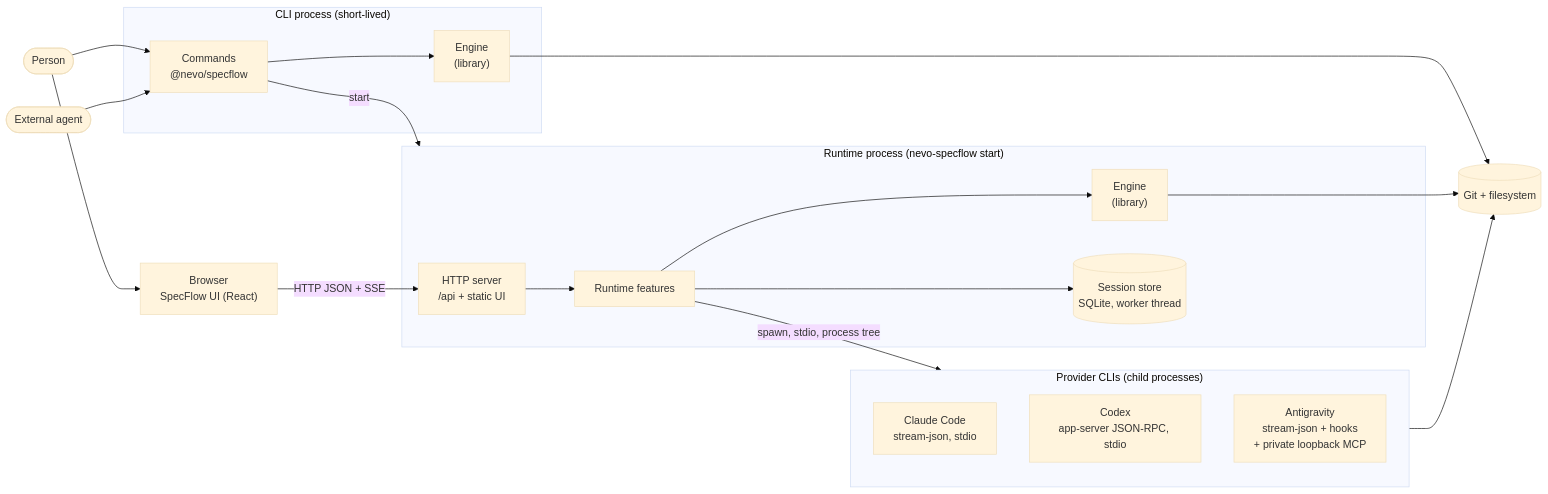
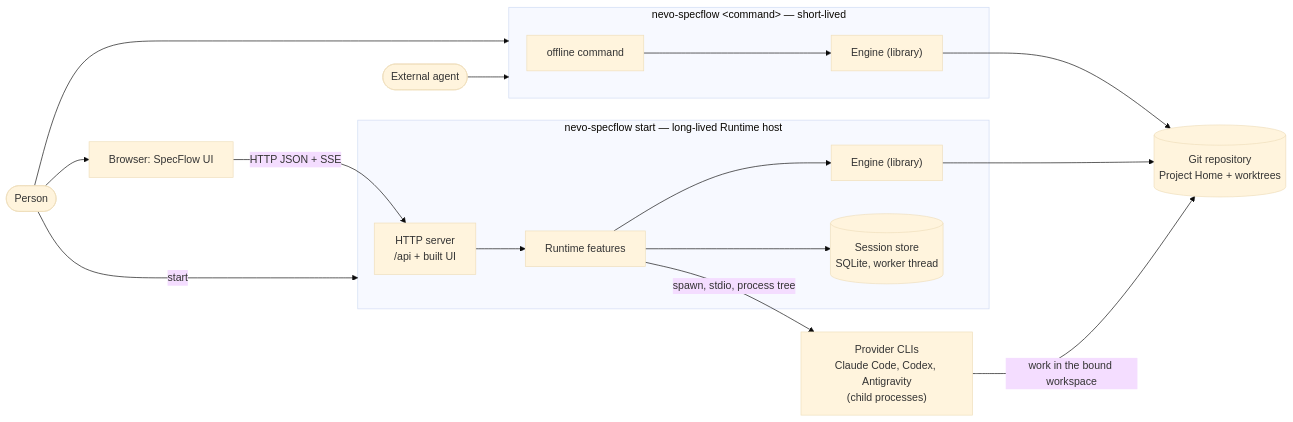
Before and after one commit to dczerwinskipl/nevo-specflow: the first of 3 diagrams in docs/architecture/overview.md, drawn with Mermaid (base theme). The commit also changed other lines of this file and 47 other files, not shown here.

````diff
--- a/docs/architecture/overview.md
+++ b/docs/architecture/overview.md
@@ -160,40 +56,29 @@
 ```mermaid
 flowchart LR
   person([Person])
   extagent([External agent])
 
-  subgraph cliproc["CLI process (short-lived)"]
-    cli["Commands<br/>@nevo/specflow"]
-    engine1["Engine<br/>(library)"]
+  subgraph offline["nevo-specflow &lt;command&gt; — short-lived"]
+    cmd["offline command"] --> eng1["Engine (library)"]
   end
 
-  subgraph rtproc["Runtime process (nevo-specflow start)"]
-    http["HTTP server<br/>/api + static UI"]
-    features["Runtime features"]
-    engine2["Engine<br/>(library)"]
-    store[("Session store<br/>SQLite, worker thread")]
+  subgraph host["nevo-specflow start — long-lived Runtime host"]
+    http["HTTP server<br/>/api + built UI"] --> features["Runtime features"]
+    features --> eng2["Engine (library)"]
+    features --> store[("Session store<br/>SQLite, worker thread")]
   end
 
-  browser["Browser<br/>SpecFlow UI (React)"]
-  git[("Git + filesystem")]
-
-  subgraph providers["Provider CLIs (child processes)"]
-    claude["Claude Code<br/>stream-json, stdio"]
-    codex["Codex<br/>app-server JSON-RPC, stdio"]
-    antigravity["Antigravity<br/>stream-json + hooks<br/>+ private loopback MCP"]
-  end
+  browser["Browser: SpecFlow UI"]
+  providers["Provider CLIs<br/>Claude Code, Codex, Antigravity<br/>(child processes)"]
+  git[("Git repository<br/>Project Home + worktrees")]
 
   person --> browser
-  person --> cli
-  extagent --> cli
-  cli --> engine1
-  cli -- "start" --> rtproc
+  person --> offline
+  person -- "start" --> host
+  extagent --> offline
   browser -- "HTTP JSON + SSE" --> http
-  http --> features
-  features --> engine2
-  features --> store
   features -- "spawn, stdio, process tree" --> providers
-  engine1 --> git
-  engine2 --> git
-  providers --> git
+  eng1 --> git
+  eng2 --> git
+  providers -- "work in the bound workspace" --> git
 ```
````
